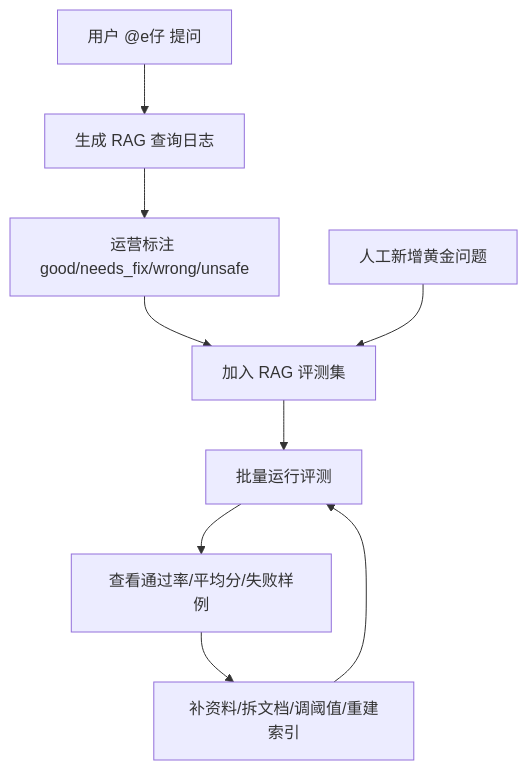
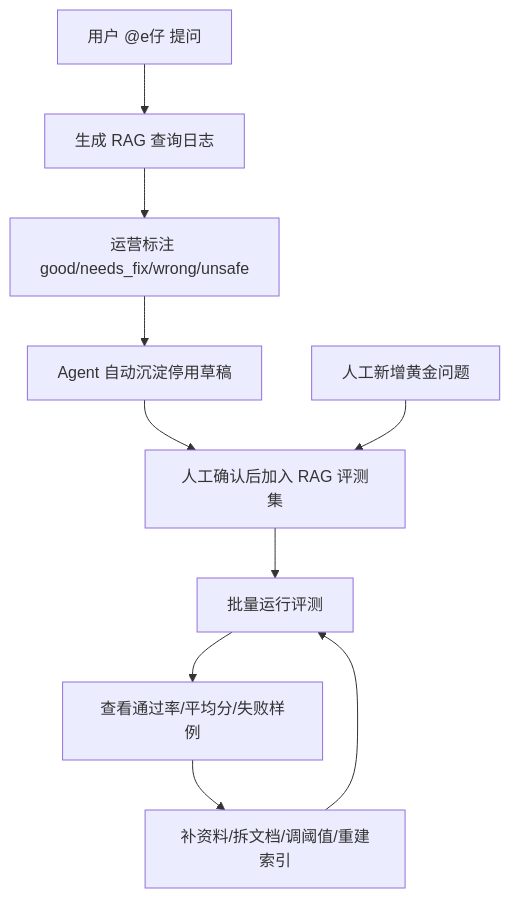
One commit to tangfire/lehu-video changed the diagram in docs/rag-quality-evaluation.md. Above: the diagram before and after it, drawn with Mermaid. The commit also changed other lines of this file and 13 other files, not shown here.

First line of the commit message:
文档更新 把新加的 campus-agent、飞书值班、AI 成本保护、RAG Agent 草稿、举报/反馈飞书闭环、API 路由、数据表和简历表达都补进去了，涉及： README.md、 docs/architecture.md、 docs/developer-guide.md、 docs/observability-alerting.md、 docs/agent-copilot.md 相关体系文档。

````diff
--- a/docs/rag-quality-evaluation.md
+++ b/docs/rag-quality-evaluation.md
@@ -20,11 +20,12 @@
 ```mermaid
 flowchart TD
     A[用户 @e仔 提问] --> B[生成 RAG 查询日志]
     B --> C[运营标注 good/needs_fix/wrong/unsafe]
-    C --> D[加入 RAG 评测集]
+    C --> Draft[Agent 自动沉淀停用草稿]
+    Draft --> D[人工确认后加入 RAG 评测集]
     E[人工新增黄金问题] --> D
     D --> F[批量运行评测]
     F --> G[查看通过率/平均分/失败样例]
     G --> H[补资料/拆文档/调阈值/重建索引]
     H --> F
 ```
````
